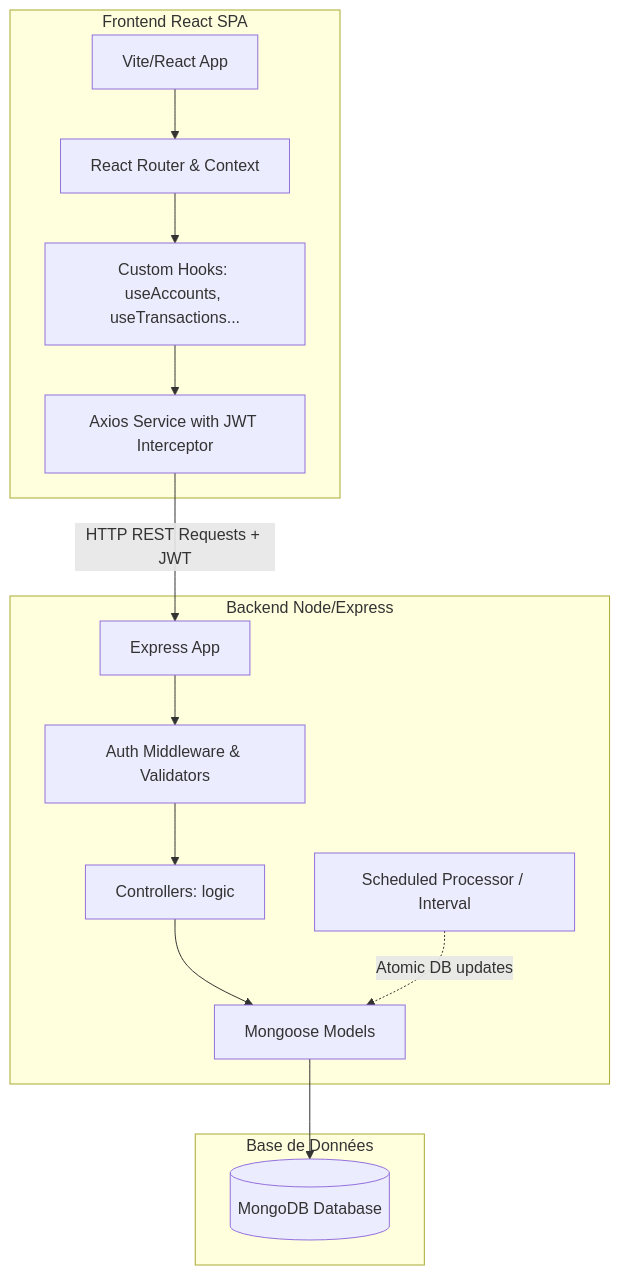
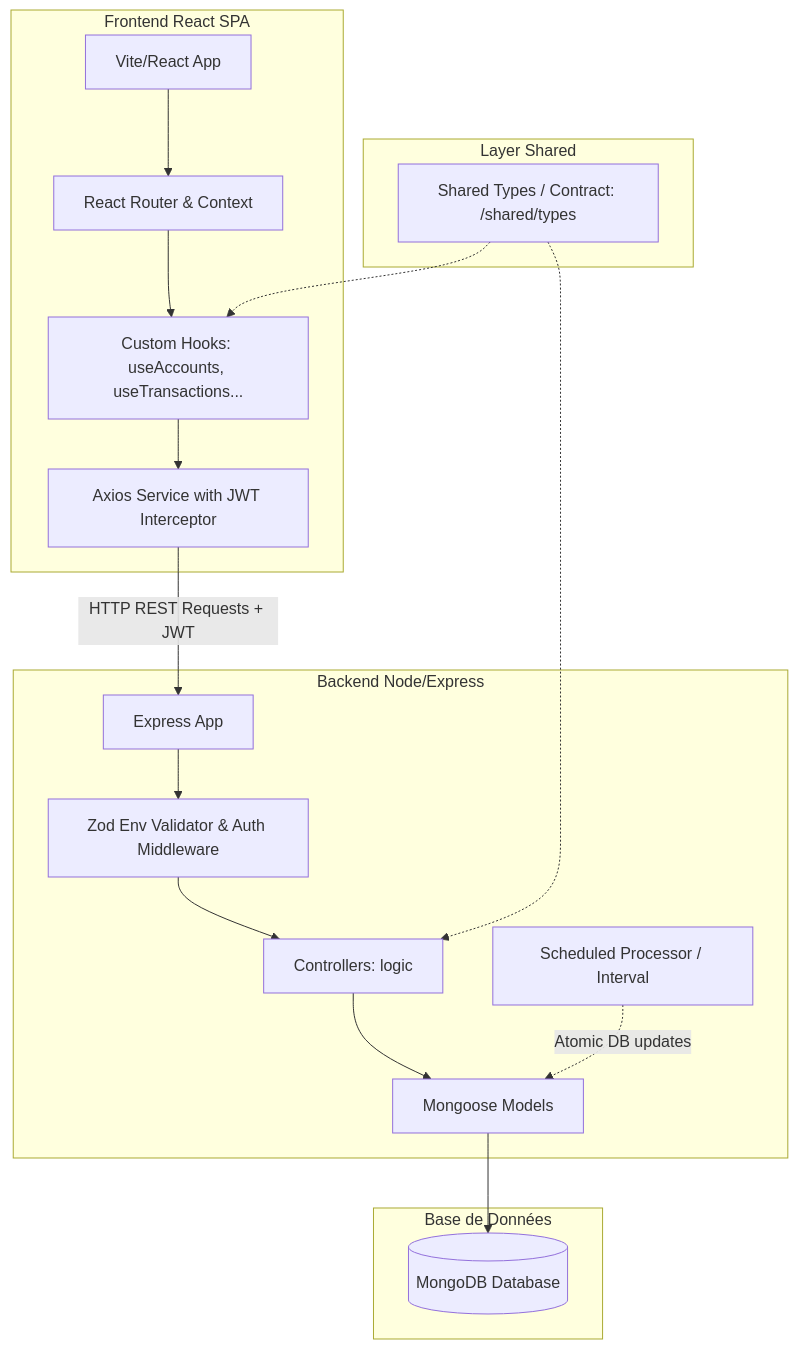
One commit to jvazel/budgetizer changed the diagram in docs/doc_technique.md. Above: the diagram before and after it, drawn with Mermaid. The commit also changed 12 other files, not shown here.

Commit message:
refactor: improvements, shared types, env validation & error boundary

````diff
--- a/docs/doc_technique.md
+++ b/docs/doc_technique.md
@@ -11,20 +11,25 @@
 ```mermaid
 graph TD
     subgraph Client [Frontend React SPA]
         A[Vite/React App] --> B[React Router & Context]
         B --> C[Custom Hooks: useAccounts, useTransactions...]
         C --> D[Axios Service with JWT Interceptor]
     end
     
     subgraph Serveur [Backend Node/Express]
         D -->|HTTP REST Requests + JWT| E[Express App]
-        E --> F[Auth Middleware & Validators]
+        E --> F[Zod Env Validator & Auth Middleware]
         F --> G[Controllers: logic]
         G --> H[Mongoose Models]
         I[Scheduled Processor / Interval] -.->|Atomic DB updates| H
+    end
+    
+    subgraph Partagé [Layer Shared]
+        K[Shared Types / Contract: /shared/types] .-> C
+        K .-> G
     end
     
     subgraph Stockage [Base de Données]
         H --> J[(MongoDB Database)]
     end
 ```
````
